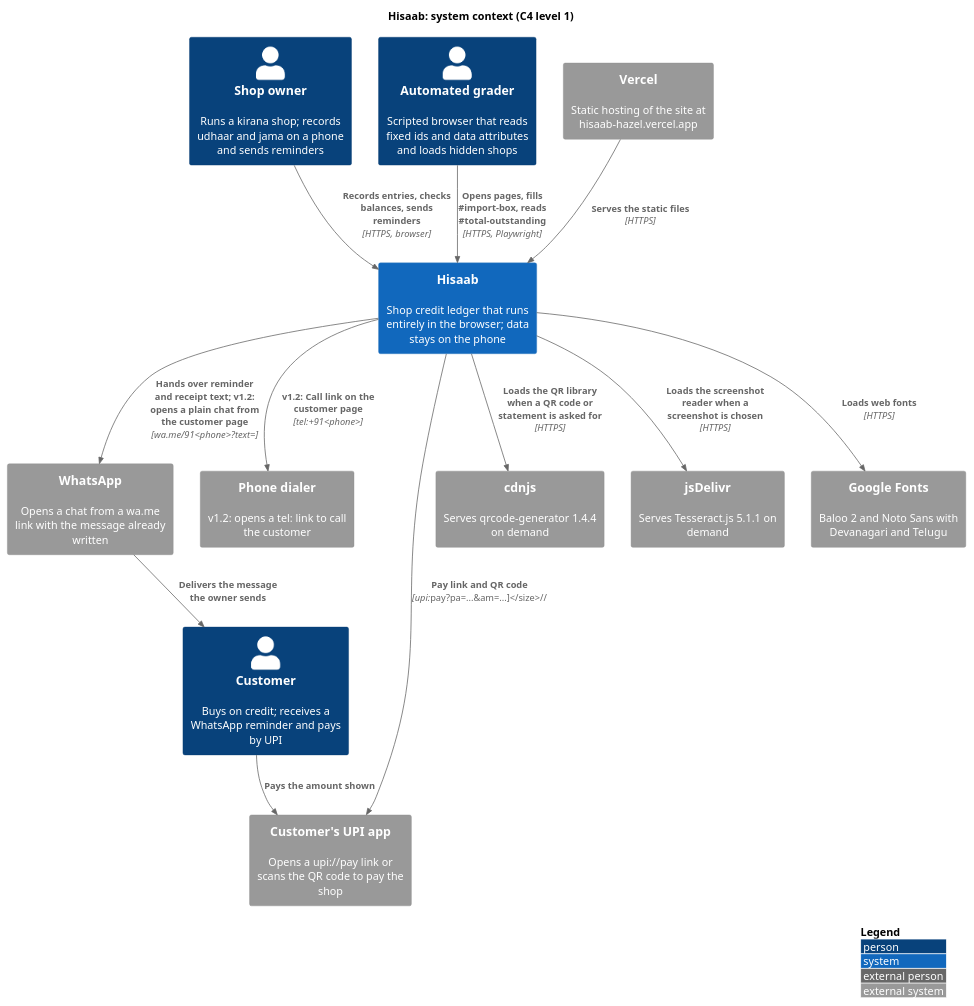
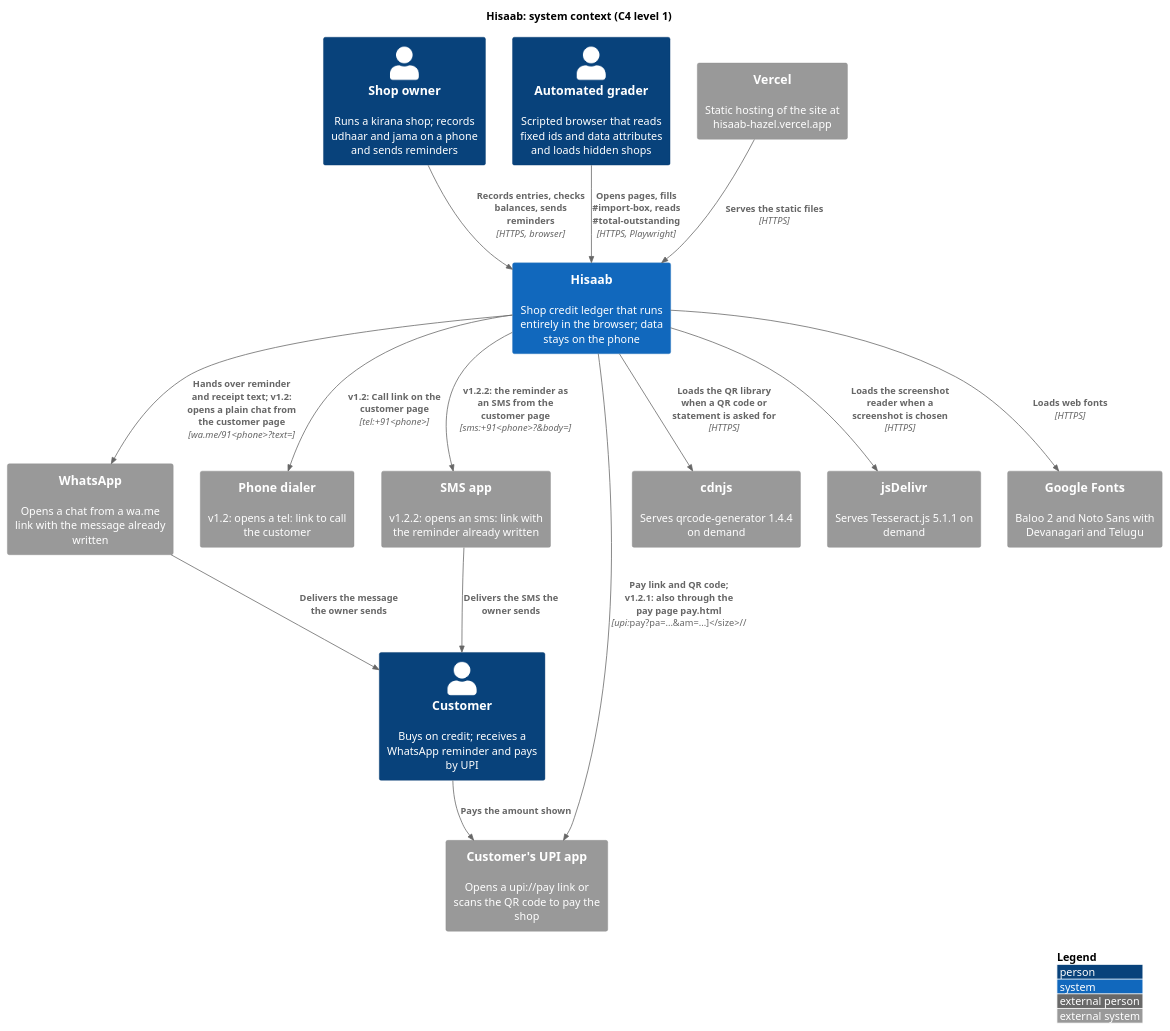
Before and after one commit to karwasanjay007/hisaab-docs: the diagram in docs/diagrams/c4-context.puml, drawn with PlantUML. The commit also changed 39 other files, not shown here.

First line of the commit message:
Version 1.2.3: layout that holds in every language, names in nine more scripts, a tappable pay link, other ways to send, the WhatsApp check; requirements, design, journeys, diagrams and evidence brought up to date after the baseline was approved

```diff
--- a/docs/diagrams/c4-context.puml
+++ b/docs/diagrams/c4-context.puml
@@ -1,32 +1,35 @@
 @startuml c4-context
 !include <C4/C4_Context>
 title Hisaab: system context (C4 level 1)
 
 Person(owner, "Shop owner", "Runs a kirana shop; records udhaar and jama on a phone and sends reminders")
 Person(customer, "Customer", "Buys on credit; receives a WhatsApp reminder and pays by UPI")
 Person(grader, "Automated grader", "Scripted browser that reads fixed ids and data attributes and loads hidden shops")
 
 System(hisaab, "Hisaab", "Shop credit ledger that runs entirely in the browser; data stays on the phone")
 
 System_Ext(whatsapp, "WhatsApp", "Opens a chat from a wa.me link with the message already written")
 System_Ext(dialer, "Phone dialer", "v1.2: opens a tel: link to call the customer")
+System_Ext(sms, "SMS app", "v1.2.2: opens an sms: link with the reminder already written")
 System_Ext(upi, "Customer's UPI app", "Opens a upi://pay link or scans the QR code to pay the shop")
 System_Ext(vercel, "Vercel", "Static hosting of the site at hisaab-hazel.vercel.app")
 System_Ext(cdnjs, "cdnjs", "Serves qrcode-generator 1.4.4 on demand")
 System_Ext(jsdelivr, "jsDelivr", "Serves Tesseract.js 5.1.1 on demand")
 System_Ext(fonts, "Google Fonts", "Baloo 2 and Noto Sans with Devanagari and Telugu")
 
 Rel(owner, hisaab, "Records entries, checks balances, sends reminders", "HTTPS, browser")
 Rel(grader, hisaab, "Opens pages, fills #import-box, reads #total-outstanding", "HTTPS, Playwright")
 Rel(hisaab, whatsapp, "Hands over reminder and receipt text; v1.2: opens a plain chat from the customer page", "wa.me/91<phone>?text=")
 Rel(hisaab, dialer, "v1.2: Call link on the customer page", "tel:+91<phone>")
+Rel(hisaab, sms, "v1.2.2: the reminder as an SMS from the customer page", "sms:+91<phone>?&body=")
+Rel(sms, customer, "Delivers the SMS the owner sends")
 Rel(whatsapp, customer, "Delivers the message the owner sends")
 Rel(customer, upi, "Pays the amount shown")
-Rel(hisaab, upi, "Pay link and QR code", "upi://pay?pa=...&am=...")
+Rel(hisaab, upi, "Pay link and QR code; v1.2.1: also through the pay page pay.html", "upi://pay?pa=...&am=...")
 Rel(vercel, hisaab, "Serves the static files", "HTTPS")
 Rel(hisaab, cdnjs, "Loads the QR library when a QR code or statement is asked for", "HTTPS")
 Rel(hisaab, jsdelivr, "Loads the screenshot reader when a screenshot is chosen", "HTTPS")
 Rel(hisaab, fonts, "Loads web fonts", "HTTPS")
 
 LAYOUT_WITH_LEGEND()
 @enduml
```
